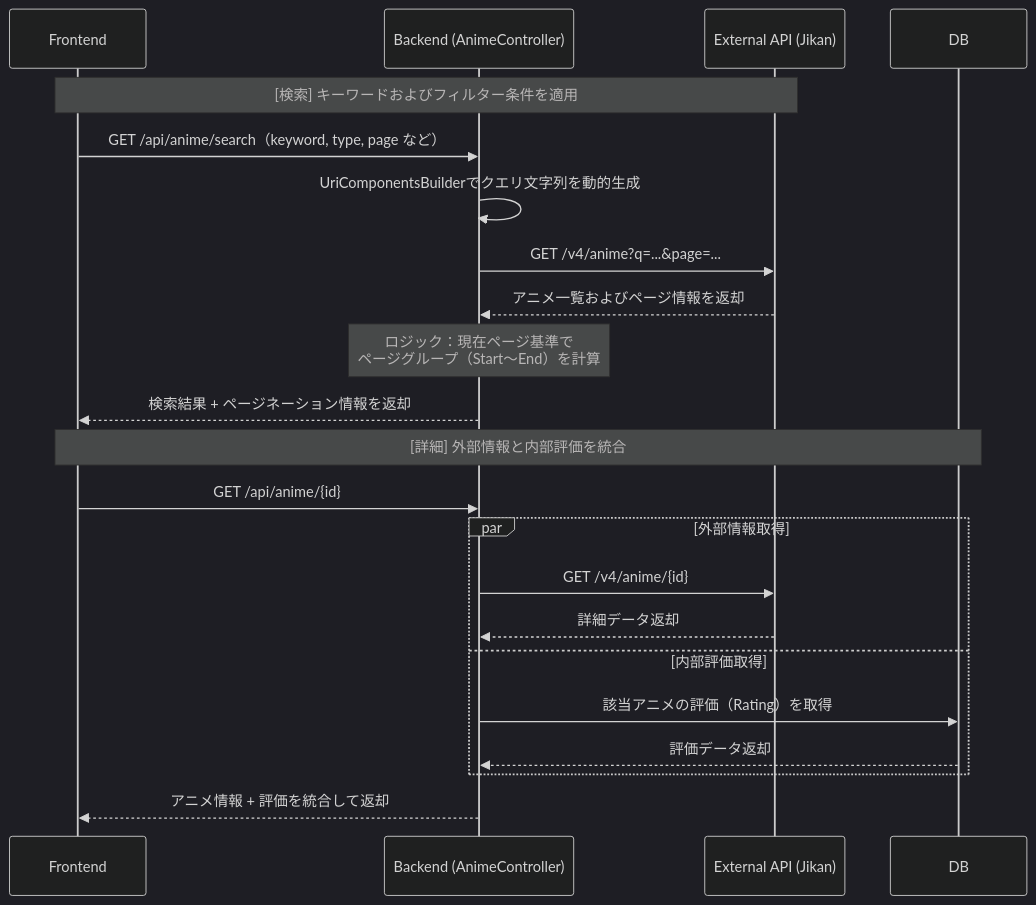
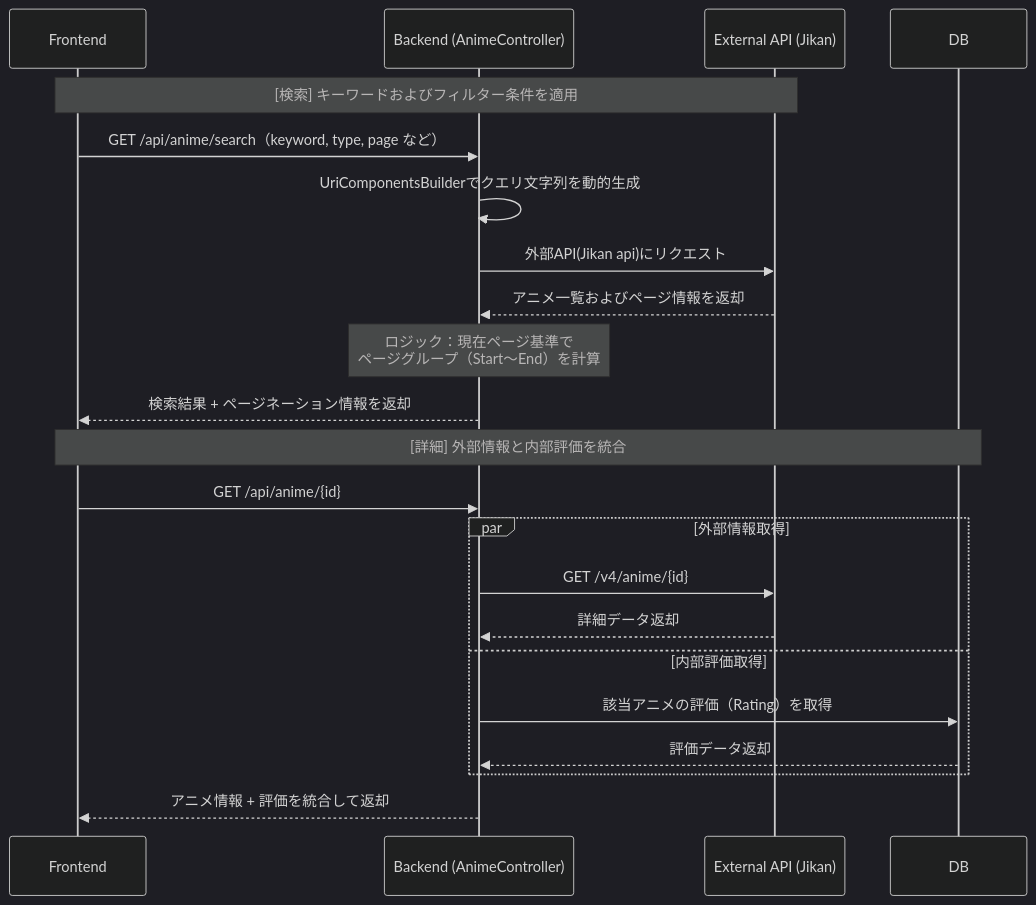
Before and after one commit to You-HyunHo/ani-frontend: the seventh of 10 diagrams in README_img/SEQUENCE.md, drawn with Mermaid (dark theme). The commit also changed other lines of this file, not shown here.

````diff
--- a/README_img/SEQUENCE.md
+++ b/README_img/SEQUENCE.md
@@ -122,31 +122,31 @@
 ```mermaid
 sequenceDiagram
     participant FE as Frontend
     participant BE as Backend (AnimeController)
     participant EXT as External API (Jikan)
     participant DB 
 
     %% 1. 検索機能
     Note over FE, EXT: [検索] キーワードおよびフィルター条件を適用
     FE->>BE: GET /api/anime/search（keyword, type, page など）
     BE->>BE: UriComponentsBuilderでクエリ文字列を動的生成
-    BE->>EXT: GET /v4/anime?q=...&page=...
+    BE->>EXT: 外部API(Jikan api)にリクエスト
     EXT-->>BE: アニメ一覧およびページ情報を返却
     
     Note over BE: ロジック：現在ページ基準で<br/>ページグループ（Start〜End）を計算
     
     BE-->>FE: 検索結果 + ページネーション情報を返却
 
     %% 2. 詳細取得
     Note over FE, DB: [詳細] 外部情報と内部評価を統合
     FE->>BE: GET /api/anime/{id}
     par 外部情報取得
         BE->>EXT: GET /v4/anime/{id}
         EXT-->>BE: 詳細データ返却
     and 内部評価取得
         BE->>DB: 該当アニメの評価（Rating）を取得
         DB-->>BE: 評価データ返却
     end
     
     BE-->>FE: アニメ情報 + 評価を統合して返却
 ```
````
